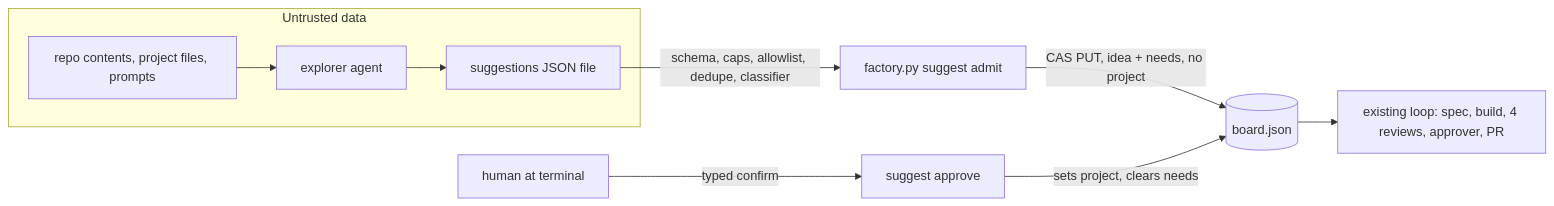
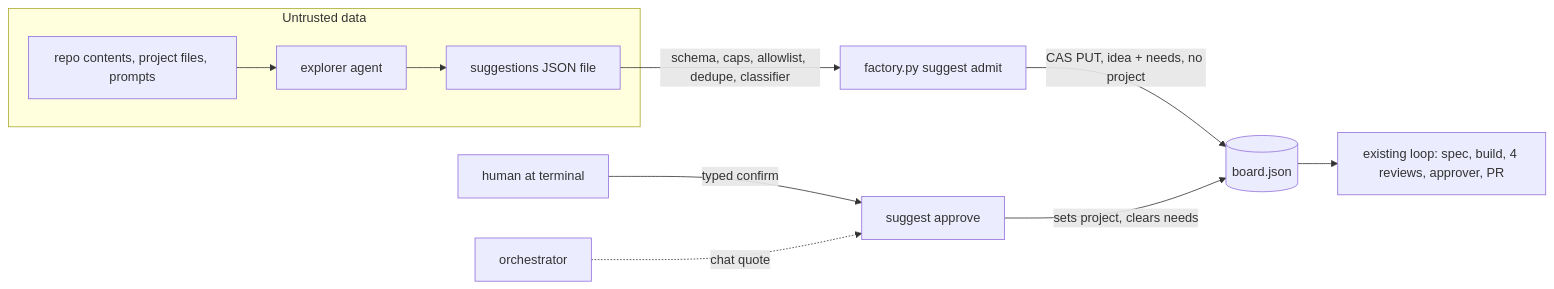
Before and after one commit to superhussain/factory: the second of 5 diagrams in docs/autonomy.md, drawn with Mermaid. The commit also changed other lines of this file and 3 other files, not shown here.

````diff
--- a/docs/autonomy.md
+++ b/docs/autonomy.md
@@ -123,12 +124,13 @@
 ```mermaid
 flowchart LR
   subgraph Untrusted data
     R[repo contents, project files, prompts] --> X[explorer agent]
     X --> F[suggestions JSON file]
   end
   F -->|schema, caps, allowlist, dedupe, classifier| A[factory.py suggest admit]
   A -->|CAS PUT, idea + needs, no project| B[(board.json)]
   H[human at terminal] -->|typed confirm| P[suggest approve]
+  O[orchestrator] -.->|chat quote| P
   P -->|sets project, clears needs| B
   B --> L[existing loop: spec, build, 4 reviews, approver, PR]
 ```
````
